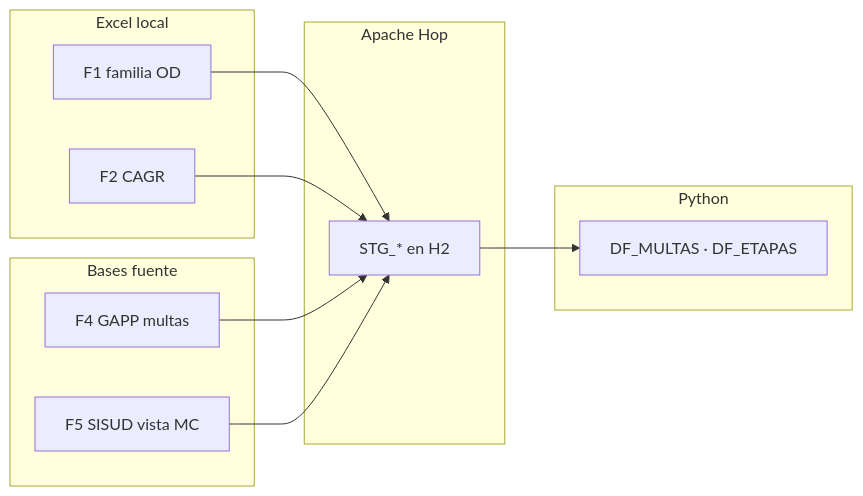
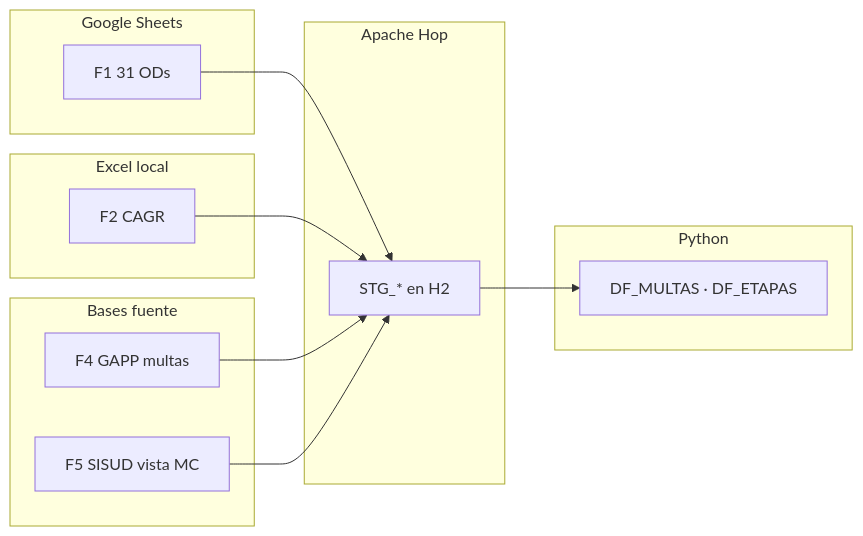
The diagram in docs/inputs/README.md (nwodevops/multa_informes_etl), drawn with Mermaid before and after one commit. The commit also changed other lines of this file and 29 other files, not shown here.

First line of the commit message:
feat(f1): load 31 OD Google Sheets into STG_GS2_OD_MULTAS.

````diff
--- a/docs/inputs/README.md
+++ b/docs/inputs/README.md
@@ -31,26 +28,29 @@
 ```mermaid
 flowchart LR
+  subgraph sheets [Google Sheets]
+    F1["F1 31 ODs"]
+  end
+
   subgraph excel [Excel local]
-    F1["F1 familia OD"]
     F2["F2 CAGR"]
   end
 
   subgraph remoto [Bases fuente]
     F4["F4 GAPP multas"]
     F5["F5 SISUD vista MC"]
   end
 
   subgraph hop [Apache Hop]
     STG["STG_* en H2"]
   end
 
   subgraph py [Python]
     DF["DF_MULTAS · DF_ETAPAS"]
   end
 
   F1 --> STG
   F2 --> STG
   F4 --> STG
   F5 --> STG
   STG --> DF
 ```
````
